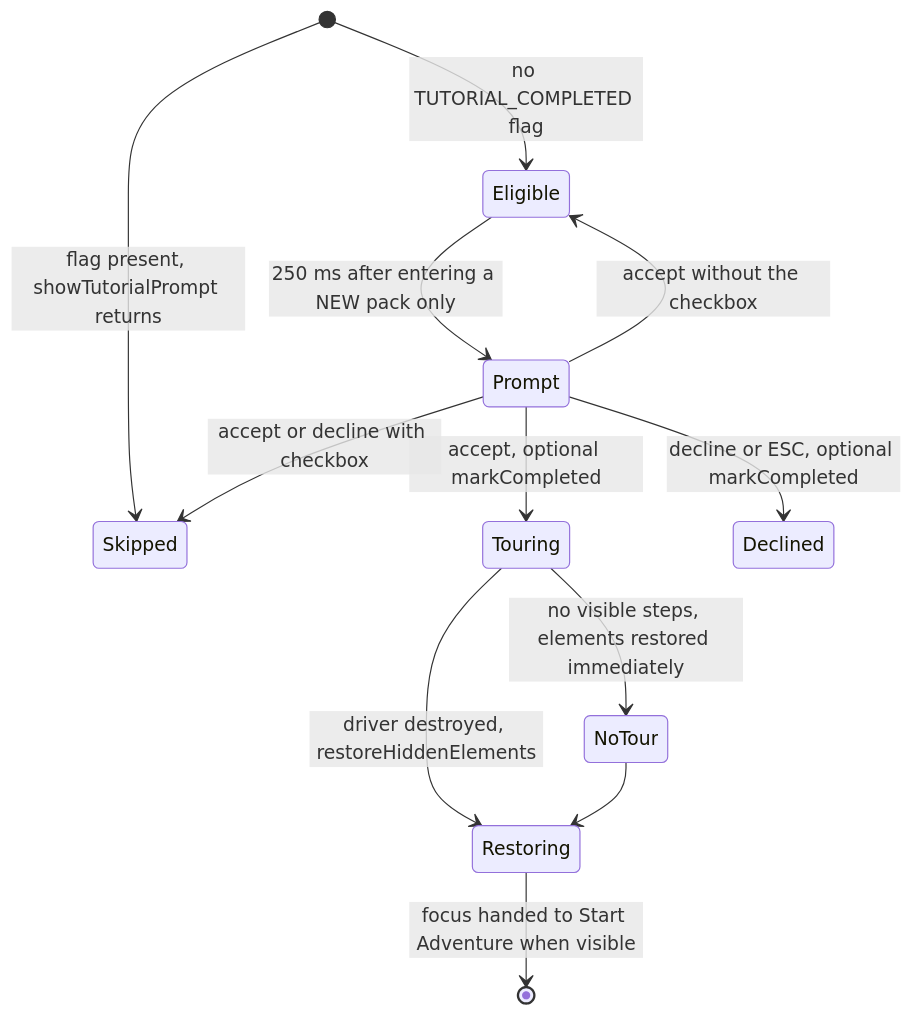
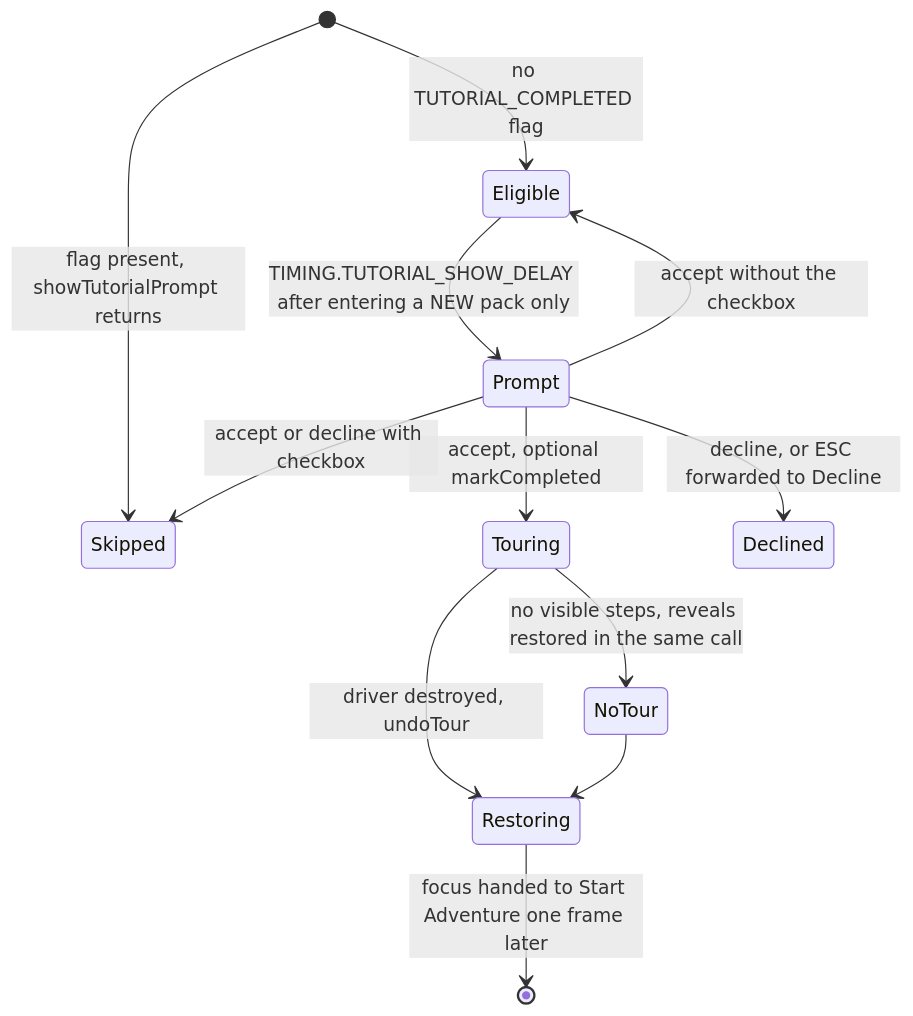
Diagram 27 of 46 in docu/state-machines.md (ghmer/rego-adventure), drawn with Mermaid before and after one commit. The commit also changed other lines of this file and 2 other files, not shown here.

````diff
--- a/docu/state-machines.md
+++ b/docu/state-machines.md
@@ -957,14 +921,14 @@
 ```mermaid
 stateDiagram-v2
     [*] --> Eligible : no TUTORIAL_COMPLETED flag
     [*] --> Skipped : flag present, showTutorialPrompt returns
-    Eligible --> Prompt : 250 ms after entering a NEW pack only
+    Eligible --> Prompt : TIMING.TUTORIAL_SHOW_DELAY after entering a NEW pack only
     Prompt --> Touring : accept, optional markCompleted
-    Prompt --> Declined : decline or ESC, optional markCompleted
+    Prompt --> Declined : decline, or ESC forwarded to Decline
     Prompt --> Eligible : accept without the checkbox
     Prompt --> Skipped : accept or decline with checkbox
-    Touring --> Restoring : driver destroyed, restoreHiddenElements
-    Touring --> NoTour : no visible steps, elements restored immediately
+    Touring --> Restoring : driver destroyed, undoTour
+    Touring --> NoTour : no visible steps, reveals restored in the same call
     NoTour --> Restoring
-    Restoring --> [*] : focus handed to Start Adventure when visible
+    Restoring --> [*] : focus handed to Start Adventure one frame later
 ```
````
